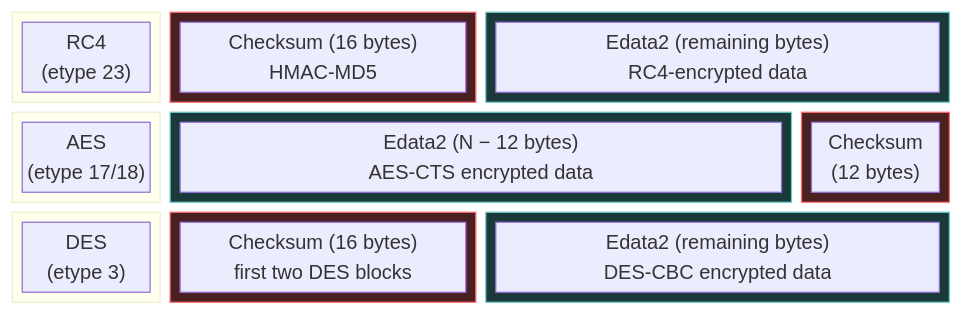
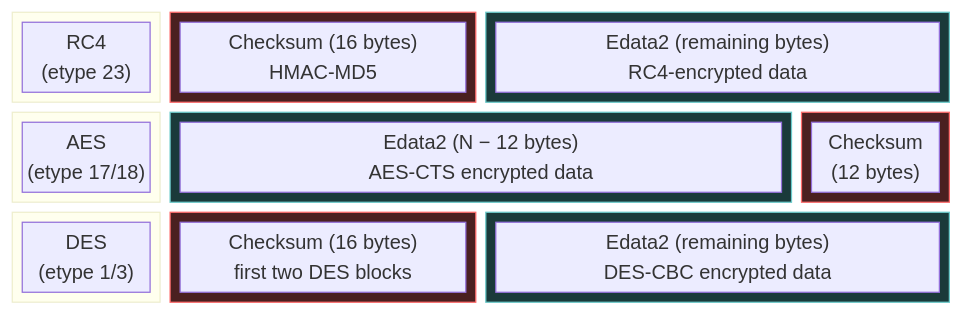
The third of 3 diagrams in docs/guide/hashcat-modes.md (StrongWind1/KerbWolf), drawn with Mermaid before and after one commit. The commit also changed other lines of this file and 7 other files, not shown here.

````diff
--- a/docs/guide/hashcat-modes.md
+++ b/docs/guide/hashcat-modes.md
@@ -111,41 +111,41 @@
 ```mermaid
 block-beta
     columns 6
 
     block:rc4label:1
         rc4t["RC4<br/>(etype 23)"]
     end
     block:rc4check:2
         rc4c["Checksum (16 bytes)<br/>HMAC-MD5"]
     end
     block:rc4data:3
         rc4d["Edata2 (remaining bytes)<br/>RC4-encrypted data"]
     end
 
     block:aeslabel:1
         aest["AES<br/>(etype 17/18)"]
     end
     block:aesdata:4
         aesd["Edata2 (N − 12 bytes)<br/>AES-CTS encrypted data"]
     end
     block:aescheck:1
         aesc["Checksum<br/>(12 bytes)"]
     end
 
     block:deslabel:1
-        dest["DES<br/>(etype 3)"]
+        dest["DES<br/>(etype 1/3)"]
     end
     block:descheck:2
         desc["Checksum (16 bytes)<br/>first two DES blocks"]
     end
     block:desdata:3
         desd["Edata2 (remaining bytes)<br/>DES-CBC encrypted data"]
     end
 
     style rc4check fill:#4a2020,stroke:#ff6b6b
     style rc4data fill:#1a3a3a,stroke:#6bcbcb
     style aesdata fill:#1a3a3a,stroke:#6bcbcb
     style aescheck fill:#4a2020,stroke:#ff6b6b
     style descheck fill:#4a2020,stroke:#ff6b6b
     style desdata fill:#1a3a3a,stroke:#6bcbcb
 ```
````
